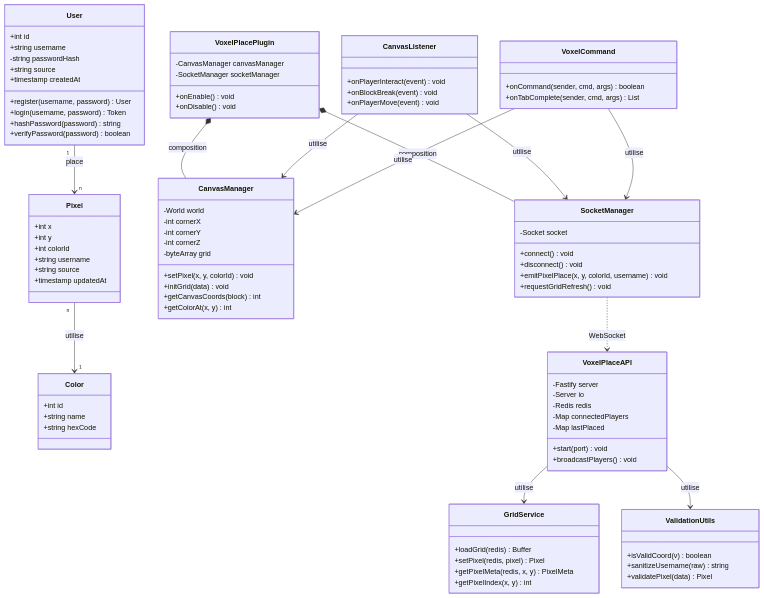
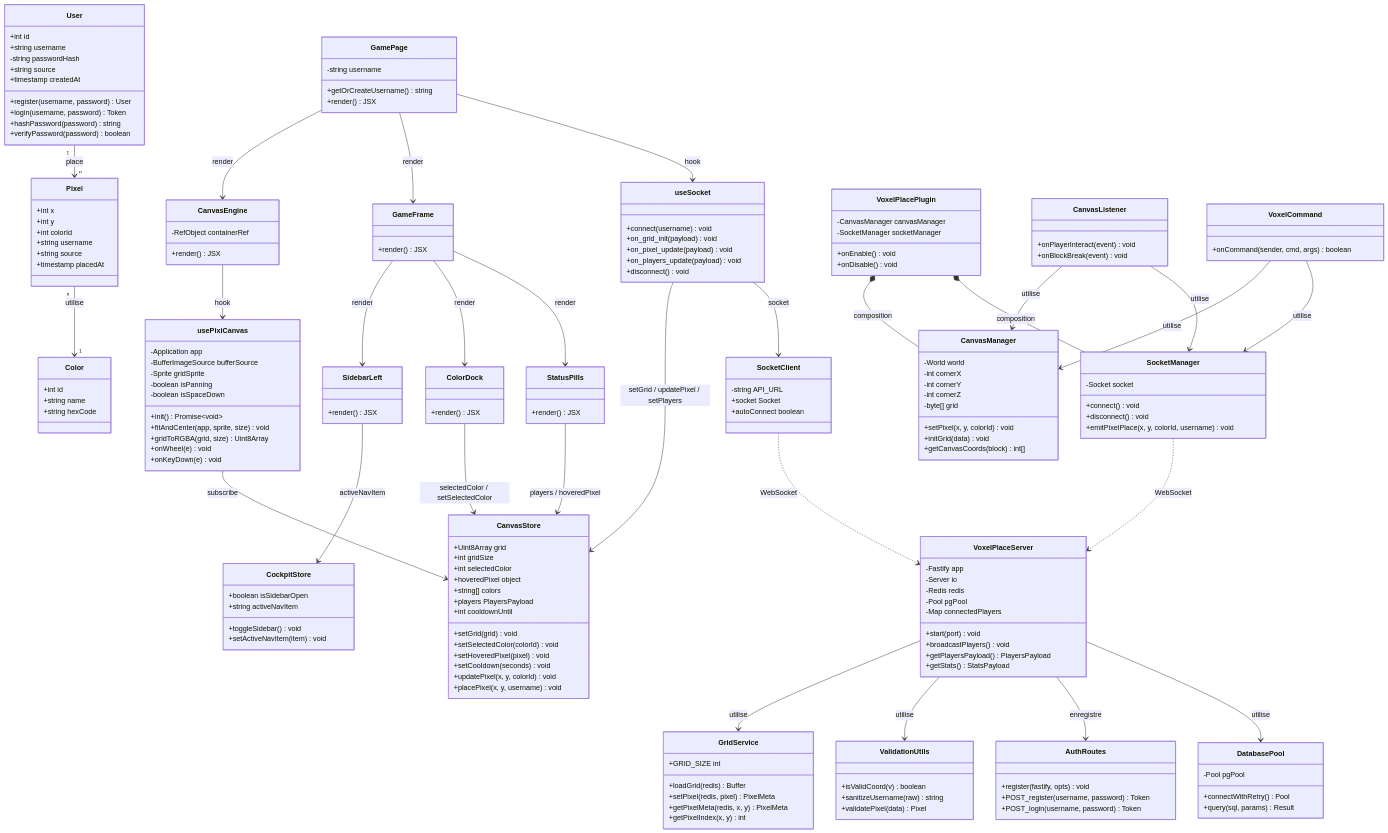
Before and after one commit to MaKSiiMe/VoxelPlace: the diagram in docs/uml/class-diagram.md, drawn with Mermaid. The commit also changed other lines of this file and 101 other files, not shown here.

First line of the commit message:
feat: migrate to Turborepo monorepo with Next.js 16 and PixiJS v8

````diff
--- a/docs/uml/class-diagram.md
+++ b/docs/uml/class-diagram.md
@@ -3,7 +3,7 @@
 ```mermaid
 classDiagram
 
-    %% Entités métier
+    %% ─── Entités métier ───────────────────────────────────────────────────────
 
     class User {
         +int id
@@ -23,7 +23,7 @@
         +int colorId
         +string username
         +string source
-        +timestamp updatedAt
+        +timestamp placedAt
     }
 
     class Color {
@@ -32,23 +32,26 @@
         +string hexCode
     }
 
-    %% Backend
+    %% ─── Backend — Fastify + Socket.io ───────────────────────────────────────
 
-    class VoxelPlaceAPI {
-        -Fastify server
+    class VoxelPlaceServer {
+        -Fastify app
         -Server io
         -Redis redis
+        -Pool pgPool
         -Map connectedPlayers
-        -Map lastPlaced
         +start(port) void
         +broadcastPlayers() void
+        +getPlayersPayload() PlayersPayload
+        +getStats() StatsPayload
     }
 
     class GridService {
         +loadGrid(redis) Buffer
-        +setPixel(redis, pixel) Pixel
+        +setPixel(redis, pixel) PixelMeta
         +getPixelMeta(redis, x, y) PixelMeta
         +getPixelIndex(x, y) int
+        +GRID_SIZE int
     }
 
     class ValidationUtils {
@@ -57,7 +60,98 @@
         +validatePixel(data) Pixel
     }
 
-    %% Minecraft Plugin
+    class AuthRoutes {
+        +register(fastify, opts) void
+        +POST_register(username, password) Token
+        +POST_login(username, password) Token
+    }
+
+    class DatabasePool {
+        -Pool pgPool
+        +connectWithRetry() Pool
+        +query(sql, params) Result
+    }
+
+    %% ─── Frontend — Next.js App Router ───────────────────────────────────────
+
+    class GamePage {
+        -string username
+        +getOrCreateUsername() string
+        +render() JSX
+    }
+
+    class CanvasEngine {
+        -RefObject containerRef
+        +render() JSX
+    }
+
+    class usePixiCanvas {
+        -Application app
+        -BufferImageSource bufferSource
+        -Sprite gridSprite
+        -boolean isPanning
+        -boolean isSpaceDown
+        +init() Promise~void~
+        +fitAndCenter(app, sprite, size) void
+        +gridToRGBA(grid, size) Uint8Array
+        +onWheel(e) void
+        +onKeyDown(e) void
+    }
+
+    class CanvasStore {
+        +Uint8Array grid
+        +int gridSize
+        +int selectedColor
+        +hoveredPixel object
+        +string[] colors
+        +players PlayersPayload
+        +int cooldownUntil
+        +setGrid(grid) void
+        +setSelectedColor(colorId) void
+        +setHoveredPixel(pixel) void
+        +setCooldown(seconds) void
+        +updatePixel(x, y, colorId) void
+        +placePixel(x, y, username) void
+    }
+
+    class GameFrame {
+        +render() JSX
+    }
+
+    class ColorDock {
+        +render() JSX
+    }
+
+    class SidebarLeft {
+        +render() JSX
+    }
+
+    class StatusPills {
+        +render() JSX
+    }
+
+    class CockpitStore {
+        +boolean isSidebarOpen
+        +string activeNavItem
+        +toggleSidebar() void
+        +setActiveNavItem(item) void
+    }
+
+    class useSocket {
+        +connect(username) void
+        +on_grid_init(payload) void
+        +on_pixel_update(payload) void
+        +on_players_update(payload) void
+        +disconnect() void
+    }
+
+    class SocketClient {
+        -string API_URL
+        +socket Socket
+        +autoConnect boolean
+    }
+
+    %% ─── Plugin Minecraft ────────────────────────────────────────────────────
 
     class VoxelPlacePlugin {
         -CanvasManager canvasManager
@@ -71,11 +165,10 @@
         -int cornerX
         -int cornerY
         -int cornerZ
-        -byteArray grid
+        -byte[] grid
         +setPixel(x, y, colorId) void
         +initGrid(data) void
-        +getCanvasCoords(block) int
-        +getColorAt(x, y) int
+        +getCanvasCoords(block) int[]
     }
 
     class SocketManager {
@@ -83,34 +176,48 @@
         +connect() void
         +disconnect() void
         +emitPixelPlace(x, y, colorId, username) void
-        +requestGridRefresh() void
     }
 
     class CanvasListener {
         +onPlayerInteract(event) void
         +onBlockBreak(event) void
-        +onPlayerMove(event) void
     }
 
     class VoxelCommand {
         +onCommand(sender, cmd, args) boolean
-        +onTabComplete(sender, cmd, args) List
     }
 
-    %% Relations
+    %% ─── Relations ───────────────────────────────────────────────────────────
 
-    User "1" --> "n" Pixel : place
-    Pixel "n" --> "1" Color : utilise
+    User       "1" --> "n" Pixel    : place
+    Pixel      "n" --> "1" Color    : utilise
 
-    VoxelPlaceAPI --> GridService : utilise
-    VoxelPlaceAPI --> ValidationUtils : utilise
+    VoxelPlaceServer --> GridService      : utilise
+    VoxelPlaceServer --> ValidationUtils  : utilise
+    VoxelPlaceServer --> AuthRoutes       : enregistre
+    VoxelPlaceServer --> DatabasePool     : utilise
 
-    VoxelPlacePlugin *-- CanvasManager : composition
-    VoxelPlacePlugin *-- SocketManager : composition
-    CanvasListener --> CanvasManager : utilise
-    CanvasListener --> SocketManager : utilise
-    VoxelCommand --> CanvasManager : utilise
-    VoxelCommand --> SocketManager : utilise
+    GamePage        --> CanvasEngine   : render
+    GamePage        --> GameFrame      : render
+    GamePage        --> useSocket      : hook
+    CanvasEngine    --> usePixiCanvas  : hook
+    usePixiCanvas   --> CanvasStore    : subscribe
+    GameFrame       --> SidebarLeft    : render
+    GameFrame       --> ColorDock      : render
+    GameFrame       --> StatusPills    : render
+    ColorDock       --> CanvasStore    : selectedColor / setSelectedColor
+    StatusPills     --> CanvasStore    : players / hoveredPixel
+    SidebarLeft     --> CockpitStore   : activeNavItem
+    useSocket       --> CanvasStore    : setGrid / updatePixel / setPlayers
+    useSocket       --> SocketClient   : socket
 
-    SocketManager ..> VoxelPlaceAPI : WebSocket
+    VoxelPlacePlugin  *-- CanvasManager   : composition
+    VoxelPlacePlugin  *-- SocketManager   : composition
+    CanvasListener    --> CanvasManager   : utilise
+    CanvasListener    --> SocketManager   : utilise
+    VoxelCommand      --> CanvasManager   : utilise
+    VoxelCommand      --> SocketManager   : utilise
+
+    SocketManager  ..> VoxelPlaceServer  : WebSocket
+    SocketClient   ..> VoxelPlaceServer  : WebSocket
 ```
````
